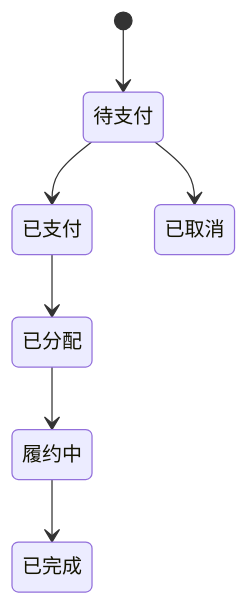
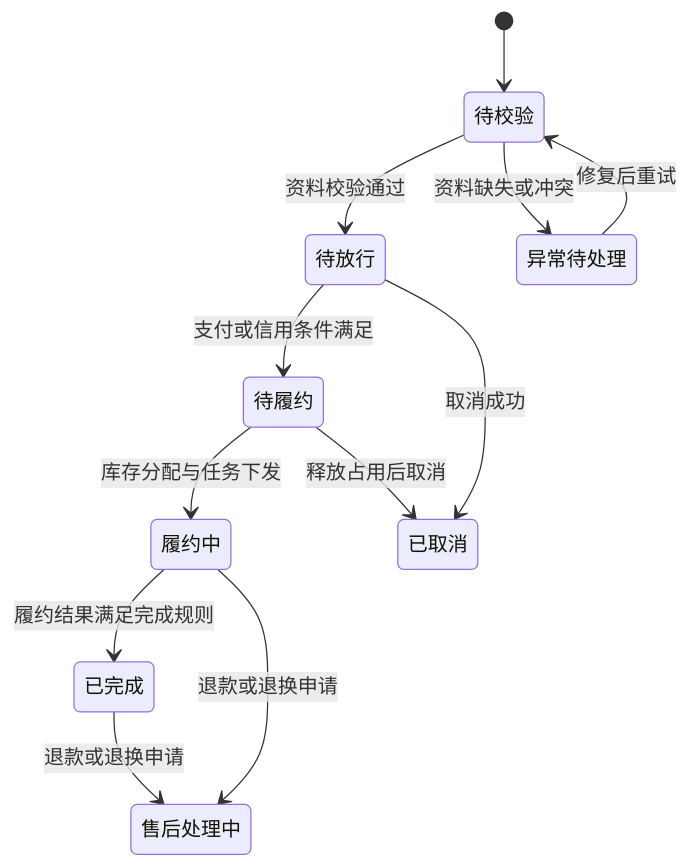
Before and after one commit to Asteroid-lin/my-blog: the diagram in src/business-system/supply-chain/oms/order-center.md, drawn with Mermaid. The commit also changed other lines of this file and 14 other files, not shown here.

````diff
--- a/src/business-system/supply-chain/oms/order-center.md
+++ b/src/business-system/supply-chain/oms/order-center.md
@@ -9,9 +34,14 @@
 ```mermaid
 stateDiagram-v2
-  [*] --> 待支付
-  待支付 --> 已支付
-  已支付 --> 已分配
-  已分配 --> 履约中
-  履约中 --> 已完成
-  待支付 --> 已取消
+  [*] --> 待校验
+  待校验 --> 待放行: 资料校验通过
+  待校验 --> 异常待处理: 资料缺失或冲突
+  异常待处理 --> 待校验: 修复后重试
+  待放行 --> 待履约: 支付或信用条件满足
+  待履约 --> 履约中: 库存分配与任务下发
+  履约中 --> 已完成: 履约结果满足完成规则
+  待放行 --> 已取消: 取消成功
+  待履约 --> 已取消: 释放占用后取消
+  履约中 --> 售后处理中: 退款或退换申请
+  已完成 --> 售后处理中: 退款或退换申请
 ```
````
